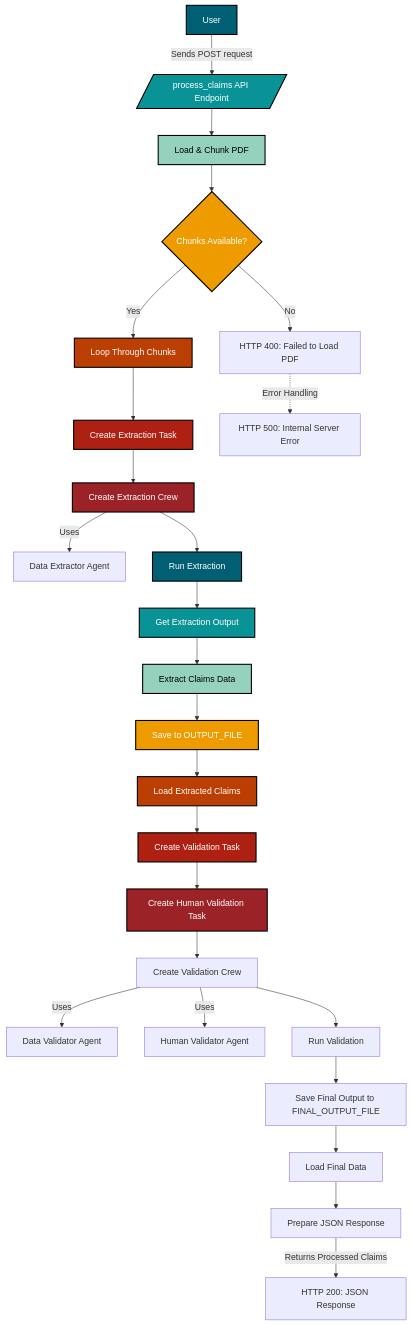
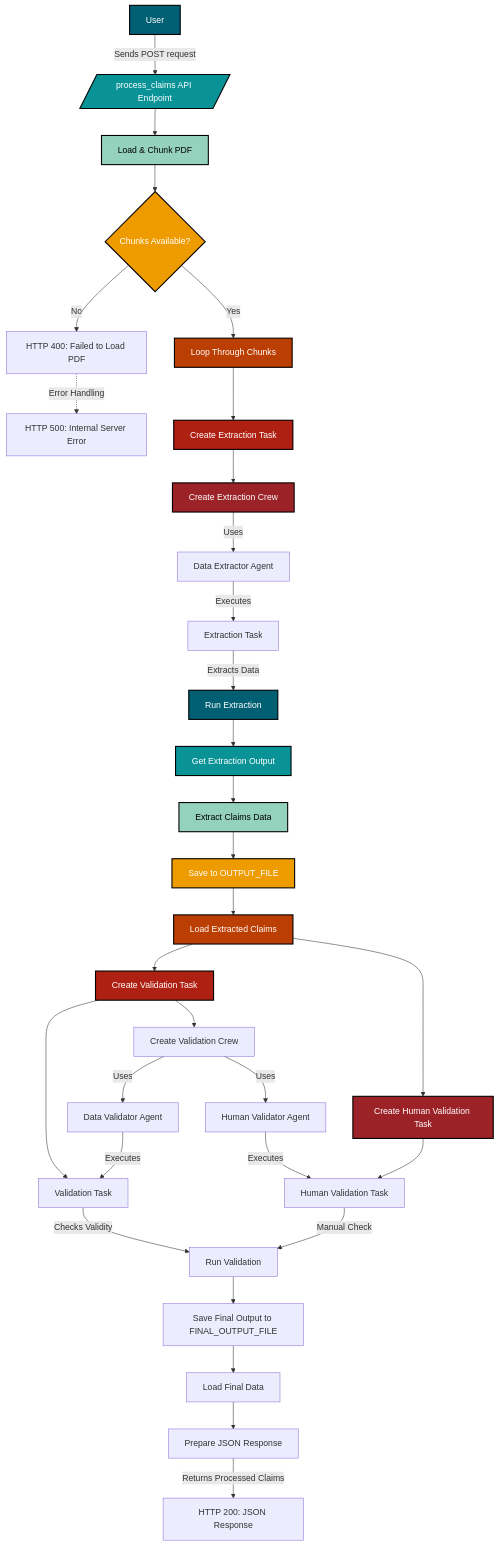
One commit to ankitmishralive/DocEx-DocVal-multi-agent-system changed the diagram in README.md. Above: the diagram before and after it, drawn with Mermaid. The commit also changed 1 other file, not shown here.

````diff
--- a/README.md
+++ b/README.md
@@ -22,50 +22,60 @@
 ```mermaid
 graph TD;
     A[User] -->|Sends POST request| B[/process_claims API Endpoint/]
     
     B --> C[Load & Chunk PDF]
     C --> D{Chunks Available?}
     D -- No --> X[HTTP 400: Failed to Load PDF]
     D -- Yes --> E[Loop Through Chunks]
 
     E --> F[Create Extraction Task]
     F --> G[Create Extraction Crew]
+    
     G -->|Uses| A1[Data Extractor Agent]
-    G --> H[Run Extraction]
+    A1 -->|Executes| T1[Extraction Task]
+    T1 -->|Extracts Data| H[Run Extraction]
     H --> I[Get Extraction Output]
     I --> J[Extract Claims Data]
     J --> K[Save to OUTPUT_FILE]
 
     K --> L[Load Extracted Claims]
     L --> M[Create Validation Task]
-    M --> N[Create Human Validation Task]
+    L --> N[Create Human Validation Task]
 
-    N --> O[Create Validation Crew]
+    M --> V1[Validation Task]
+    N --> V2[Human Validation Task]
+
+    M --> O[Create Validation Crew]
     O -->|Uses| A2[Data Validator Agent]
+    A2 -->|Executes| V1
     O -->|Uses| A3[Human Validator Agent]
-    O --> P[Run Validation]
+    A3 -->|Executes| V2
+    
+    V1 -->|Checks Validity| P[Run Validation]
+    V2 -->|Manual Check| P
+
     P --> Q[Save Final Output to FINAL_OUTPUT_FILE]
 
     Q --> R[Load Final Data]
     R --> S[Prepare JSON Response]
     S -->|Returns Processed Claims| Y[HTTP 200: JSON Response]
 
     X -.->|Error Handling| Z[HTTP 500: Internal Server Error]
 
     style A fill:#005f73,stroke:#000,stroke-width:2px,color:#fff
     style B fill:#0a9396,stroke:#000,stroke-width:2px,color:#fff
     style C fill:#94d2bd,stroke:#000,stroke-width:2px,color:#000
     style D fill:#ee9b00,stroke:#000,stroke-width:2px,color:#fff
     style E fill:#bb3e03,stroke:#000,stroke-width:2px,color:#fff
     style F fill:#ae2012,stroke:#000,stroke-width:2px,color:#fff
     style G fill:#9b2226,stroke:#000,stroke-width:2px,color:#fff
     style H fill:#005f73,stroke:#000,stroke-width:2px,color:#fff
     style I fill:#0a9396,stroke:#000,stroke-width:2px,color:#fff
     style J fill:#94d2bd,stroke:#000,stroke-width:2px,color:#000
     style K fill:#ee9b00,stroke:#000,stroke-width:2px,color:#fff
     style L fill:#bb3e03,stroke:#000,stroke-width:2px,color:#fff
     style M fill:#ae2012,stroke:#000,stroke-width:2px,color:#fff
     style N fill:#9b2226,stroke:#000,stroke-width:2px,color:#fff
 
 
 ```
````
